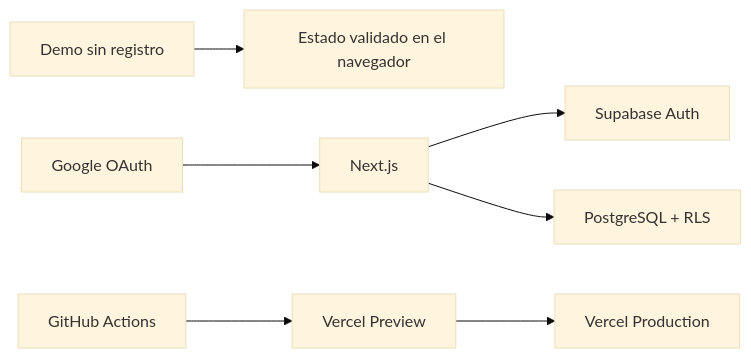
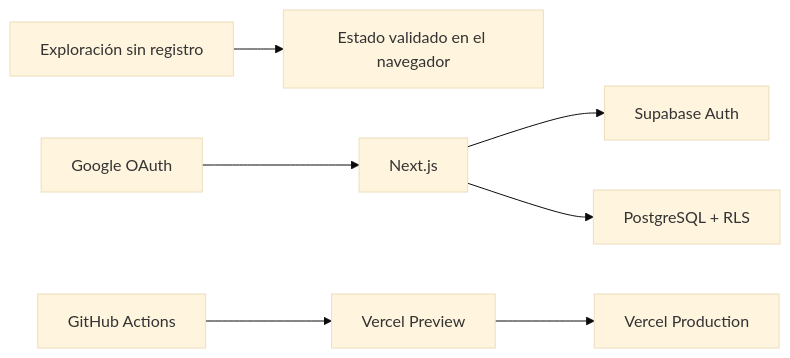
Before and after one commit to antoniojesusdelgado/management-platform-demo: the diagram in README.md, drawn with Mermaid (base theme). The commit also changed other lines of this file and 105 other files, not shown here.

````diff
--- a/README.md
+++ b/README.md
@@ -52,9 +52,9 @@
 ```mermaid
 flowchart LR
-  guest["Demo sin registro"] --> session["Estado validado en el navegador"]
+  guest["Exploración sin registro"] --> session["Estado validado en el navegador"]
   user["Google OAuth"] --> app["Next.js"]
   app --> auth["Supabase Auth"]
   app --> db["PostgreSQL + RLS"]
   github["GitHub Actions"] --> preview["Vercel Preview"]
   preview --> production["Vercel Production"]
 ```
````
